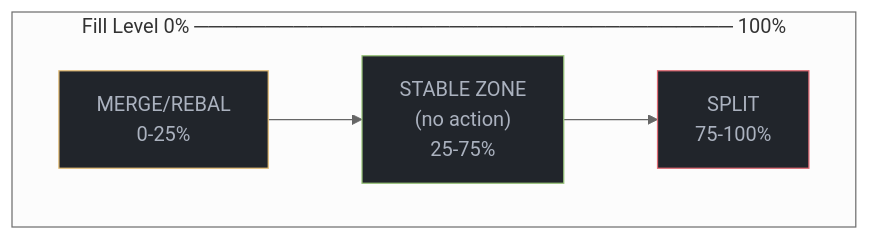
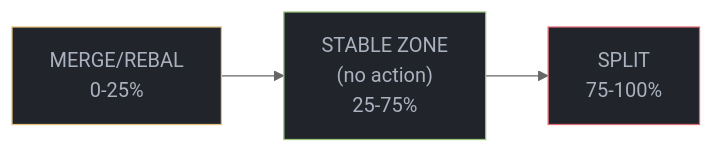
The eighth of 8 diagrams in concepts/sharding.mdx (mgild/mintlify-docs), drawn with Mermaid (neutral theme) before and after one commit. The commit also changed other lines of this file and 19 other files, not shown here.

````diff
--- a/concepts/sharding.mdx
+++ b/concepts/sharding.mdx
@@ -255,16 +268,13 @@
 ```mermaid
 
 flowchart LR
-    subgraph Fill["Fill Level 0% ────────────────────────────────────── 100%"]
-        direction LR
-        Merge["MERGE/REBAL<br/>0-25%"]
-        Stable["STABLE ZONE<br/>(no action)<br/>25-75%"]
-        Split["SPLIT<br/>75-100%"]
-    end
+    Merge["MERGE/REBAL<br/>0-25%"]
+    Stable["STABLE ZONE<br/>(no action)<br/>25-75%"]
+    Split["SPLIT<br/>75-100%"]
 
     Merge --> Stable --> Split
 
     style Merge fill:#21252b,stroke:#e5c07b,color:#abb2bf
     style Stable fill:#21252b,stroke:#98c379,color:#abb2bf
     style Split fill:#21252b,stroke:#e06c75,color:#abb2bf
 ```
````
